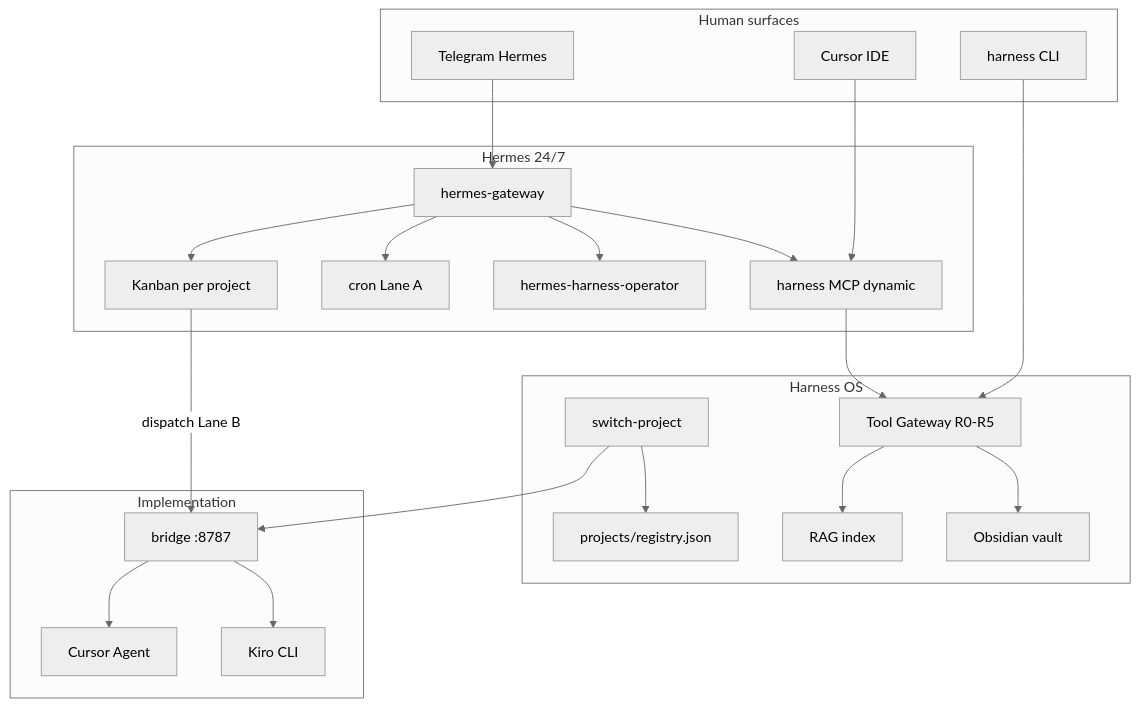
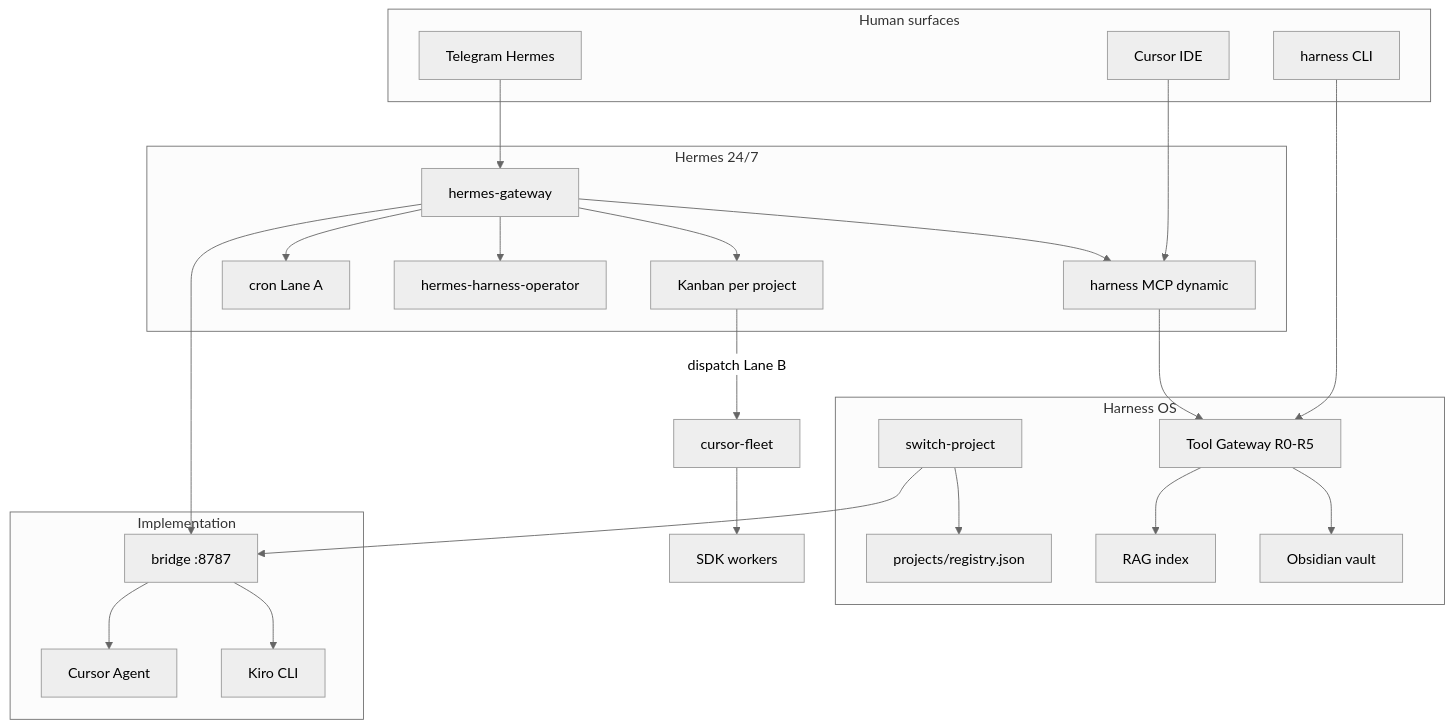
One commit to mAsyamJ/set-up changed the diagram in README.md. Above: the diagram before and after it, drawn with Mermaid (neutral theme). The commit also changed other lines of this file and 112 other files, not shown here.

````diff
--- a/README.md
+++ b/README.md
@@ -31,42 +31,44 @@
 ```mermaid
 flowchart TB
   subgraph human [Human surfaces]
     TG[Telegram Hermes]
     IDE[Cursor IDE]
     CLI[harness CLI]
   end
   subgraph hermes [Hermes 24/7]
     GW[hermes-gateway]
     KB[Kanban per project]
     CRON[cron Lane A]
     SKILLS[hermes-harness-operator]
     HMCP[harness MCP dynamic]
   end
   subgraph harness [Harness OS]
     REG[projects/registry.json]
     SW[switch-project]
     GW2[Tool Gateway R0-R5]
     RAG[RAG index]
     OBS[Obsidian vault]
   end
   subgraph workers [Implementation]
     BR[bridge :8787]
     CUR[Cursor Agent]
     KIR[Kiro CLI]
   end
   TG --> GW
   IDE --> HMCP
   CLI --> GW2
   GW --> SKILLS
   GW --> HMCP
   GW --> KB
   GW --> CRON
   HMCP --> GW2
   SW --> REG
   SW --> BR
-  KB -->|"dispatch Lane B"| BR
+  KB -->|"dispatch Lane B"| FLEET[cursor-fleet]
+  FLEET --> SDKW[SDK workers]
+  GW --> BR
   BR --> CUR
   BR --> KIR
   GW2 --> RAG
   GW2 --> OBS
 ```
````
